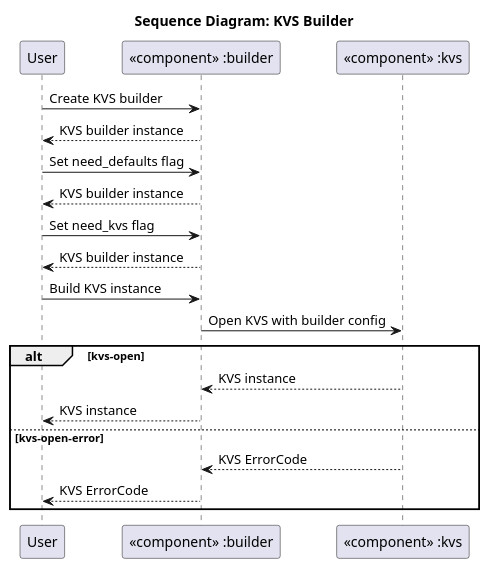
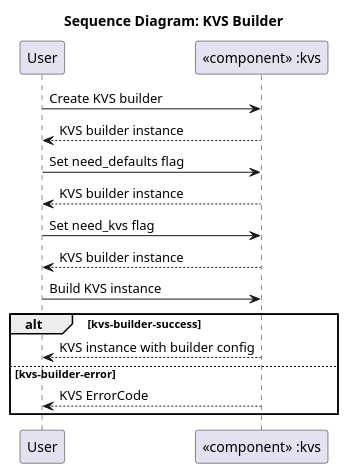
One commit to umaucher/score changed the diagram in docs/features/persistency/kvs/architecture/_assets/kvs_dyn_builder.puml. Above: the diagram before and after it, drawn with PlantUML. The commit also changed 4 other files, not shown here.

Commit message:
persistency_kvs: synced components in feature architecture

```diff
--- a/docs/features/persistency/kvs/architecture/_assets/kvs_dyn_builder.puml
+++ b/docs/features/persistency/kvs/architecture/_assets/kvs_dyn_builder.puml
@@ -1,29 +1,25 @@
 @startuml
 
 title Sequence Diagram: KVS Builder
 
 participant "User" as actor
-participant "«component» :builder" as builder
 participant "«component» :kvs" as kvs
 
-actor -> builder: Create KVS builder
-builder --> actor: KVS builder instance
+actor -> kvs: Create KVS builder
+kvs --> actor: KVS builder instance
 
-actor -> builder: Set need_defaults flag
-builder --> actor: KVS builder instance
+actor -> kvs: Set need_defaults flag
+kvs --> actor: KVS builder instance
 
-actor -> builder: Set need_kvs flag
-builder --> actor: KVS builder instance
+actor -> kvs: Set need_kvs flag
+kvs --> actor: KVS builder instance
 
-actor -> builder: Build KVS instance
-builder -> kvs: Open KVS with builder config
+actor -> kvs: Build KVS instance
 
-alt kvs-open
-    kvs --> builder: KVS instance
-    builder --> actor: KVS instance
-else kvs-open-error
-    kvs --> builder: KVS ErrorCode
-    builder --> actor: KVS ErrorCode
+alt kvs-builder-success
+    kvs --> actor: KVS instance with builder config
+else kvs-builder-error
+    kvs --> actor: KVS ErrorCode
 end
 
 @enduml
```
